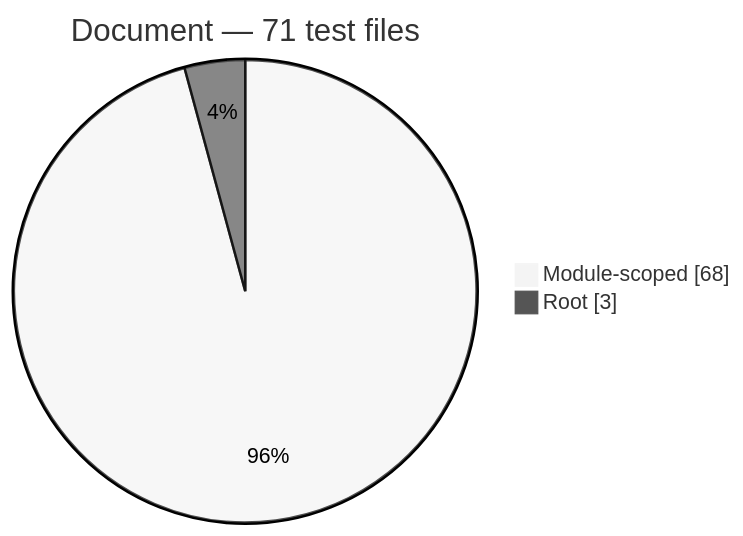
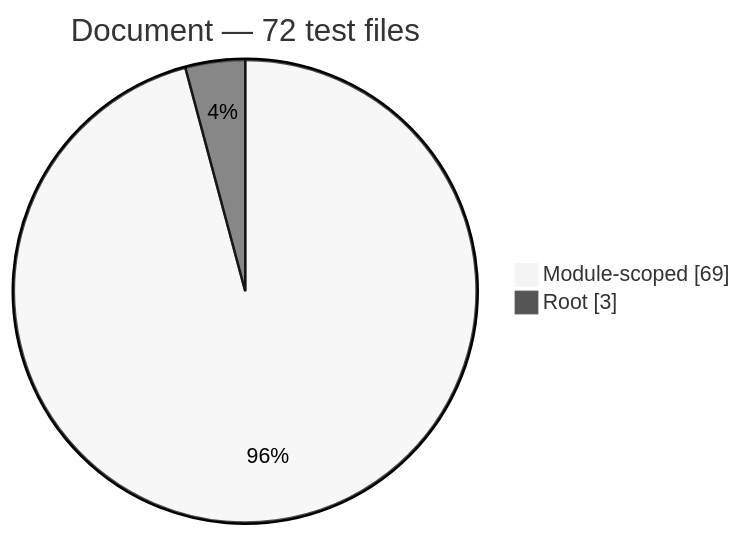
Before and after one commit to Mohammed-Alama/php-arazzo: the fourth of 9 diagrams in docs/generated/test-composition.md, drawn with Mermaid (neutral theme). The commit also changed other lines of this file and 7 other files, not shown here.

````diff
--- a/docs/generated/test-composition.md
+++ b/docs/generated/test-composition.md
@@ -56,6 +56,6 @@
 ```mermaid
 pie showData
-    title Document — 71 test files
-    "Module-scoped": 68
+    title Document — 72 test files
+    "Module-scoped": 69
     "Root": 3
 ```
````
